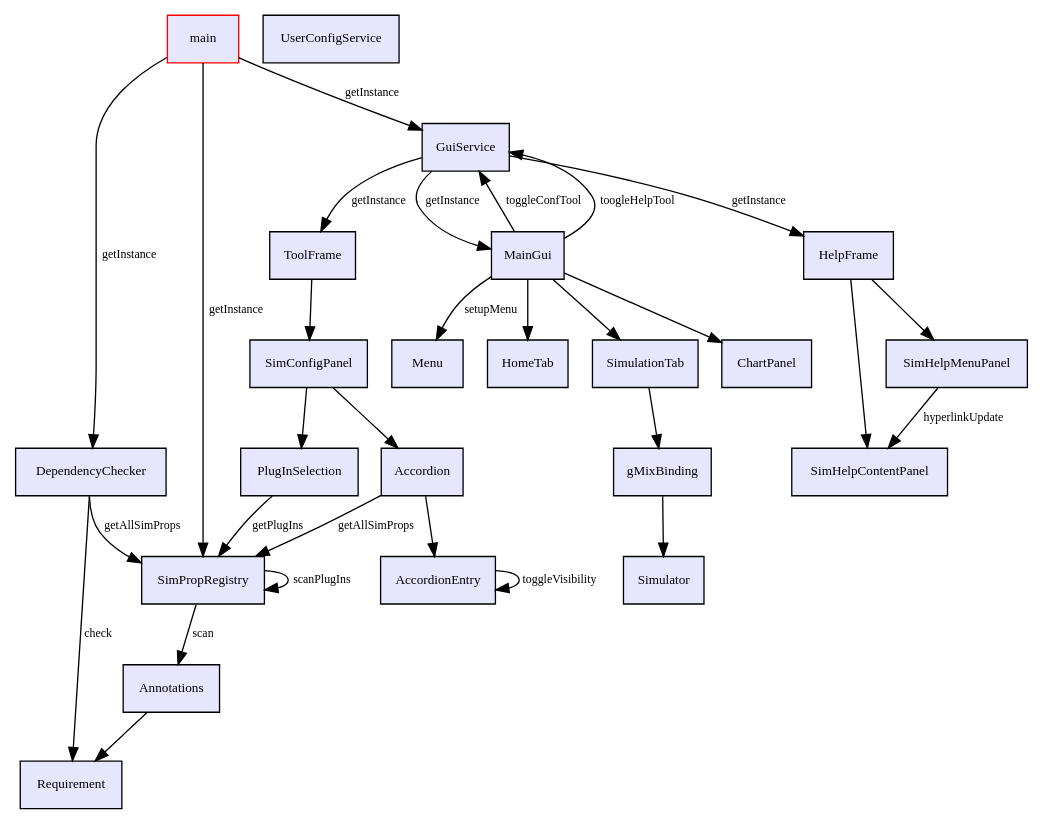
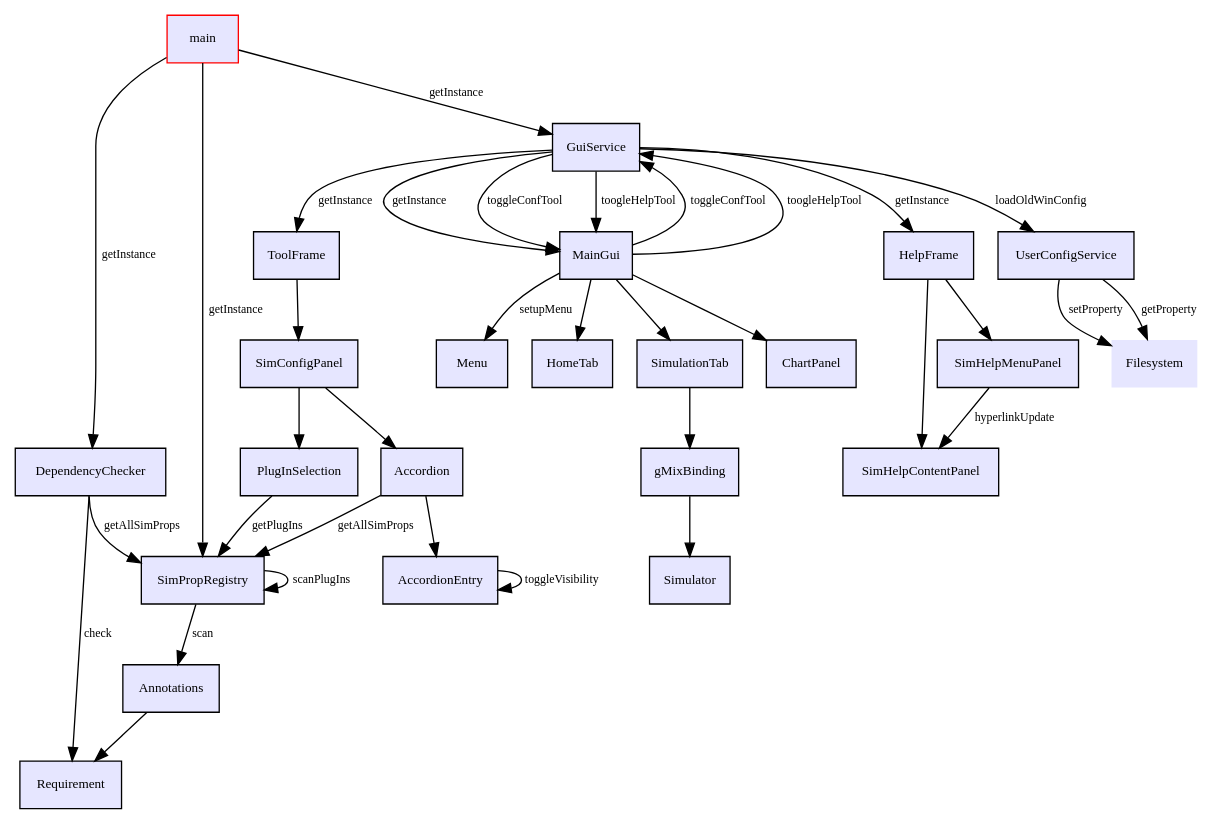
One commit to abeifuss/simgui changed the diagram in doc/dot/arch.dot. Above: the diagram before and after it, drawn with Graphviz. The commit also changed 5 other files, not shown here.

```diff
--- a/doc/dot/arch.dot
+++ b/doc/dot/arch.dot
@@ -1,69 +1,77 @@
 digraph G {
 node [fontname=Verdana,fontsize=10]
 node [style=filled]
 node [fillcolor="#e6e6ff"]
 node [color="#e6e6ff"]
 edge [fontname=Verdana,color="#000000"]
 
 main [shape=box, color=red]
 SimPropRegistry [shape=box, color=black]
 DependencyChecker [shape=box, color=black]
 Annotations [shape=box, color=black]
 Requirement [shape=box, color=black]
 GuiService [shape=box, color=black]
 MainGui [shape=box, color=black]
 ToolFrame [shape=box, color=black]
 HelpFrame [shape=box, color=black]
 SimHelpContentPanel [shape=box, color=black]
 SimHelpMenuPanel [shape=box, color=black]
 SimConfigPanel [shape=box, color=black]
 PlugInSelection [shape=box, color=black]
 Accordion [shape=box, color=black]
 AccordionEntry [shape=box, color=black]
 Menu [shape=box, color=black]
 HomeTab [shape=box, color=black]
 SimulationTab [shape=box, color=black]
 ChartPanel [shape=box, color=black]
 UserConfigService [shape=box, color=black]
 gMixBinding [shape=box, color=black]
 Simulator [shape=box, color=black]
 
+Filesystem [shape=DatabaseShape,peripheries=0,color=black];
+
 main -> SimPropRegistry [label="getInstance",fontsize=9]
 main -> DependencyChecker [label="getInstance",fontsize=9]
 main -> GuiService [label="getInstance",fontsize=9]
 
 SimPropRegistry -> Annotations [label="scan",fontsize=9]
 SimPropRegistry -> SimPropRegistry [label="scanPlugIns",fontsize=9]
 Annotations -> Requirement
 
 DependencyChecker -> SimPropRegistry [label="getAllSimProps",fontsize=9]
 DependencyChecker -> Requirement [label="check",fontsize=9]
 
 GuiService -> MainGui [label="getInstance",fontsize=9]
 GuiService -> ToolFrame [label="getInstance",fontsize=9]
 GuiService -> HelpFrame [label="getInstance",fontsize=9]
+GuiService -> UserConfigService [label="loadOldWinConfig",fontsize=9]
+GuiService -> MainGui [label="toggleConfTool",fontsize=9]
+GuiService -> MainGui [label="toogleHelpTool",fontsize=9]
 
 ToolFrame -> SimConfigPanel
 SimConfigPanel -> PlugInSelection
 SimConfigPanel -> Accordion 
 
 PlugInSelection -> SimPropRegistry [label="getPlugIns",fontsize=9]
 Accordion -> SimPropRegistry [label="getAllSimProps",fontsize=9]
 Accordion -> AccordionEntry
 AccordionEntry -> AccordionEntry [label="toggleVisibility",fontsize=9]
 
 HelpFrame -> SimHelpContentPanel
 HelpFrame -> SimHelpMenuPanel
 SimHelpMenuPanel -> SimHelpContentPanel [label="hyperlinkUpdate",fontsize=9]
 
 MainGui -> GuiService [label="toggleConfTool",fontsize=9]
 MainGui -> GuiService [label="toogleHelpTool",fontsize=9]
 MainGui -> Menu [label="setupMenu",fontsize=9]
 MainGui -> HomeTab
 MainGui -> SimulationTab
 MainGui -> ChartPanel
 
+UserConfigService -> Filesystem [label="setProperty",fontsize=9]
+UserConfigService -> Filesystem [label="getProperty",fontsize=9]
+
 SimulationTab -> gMixBinding
 gMixBinding -> Simulator
 
 }
```
